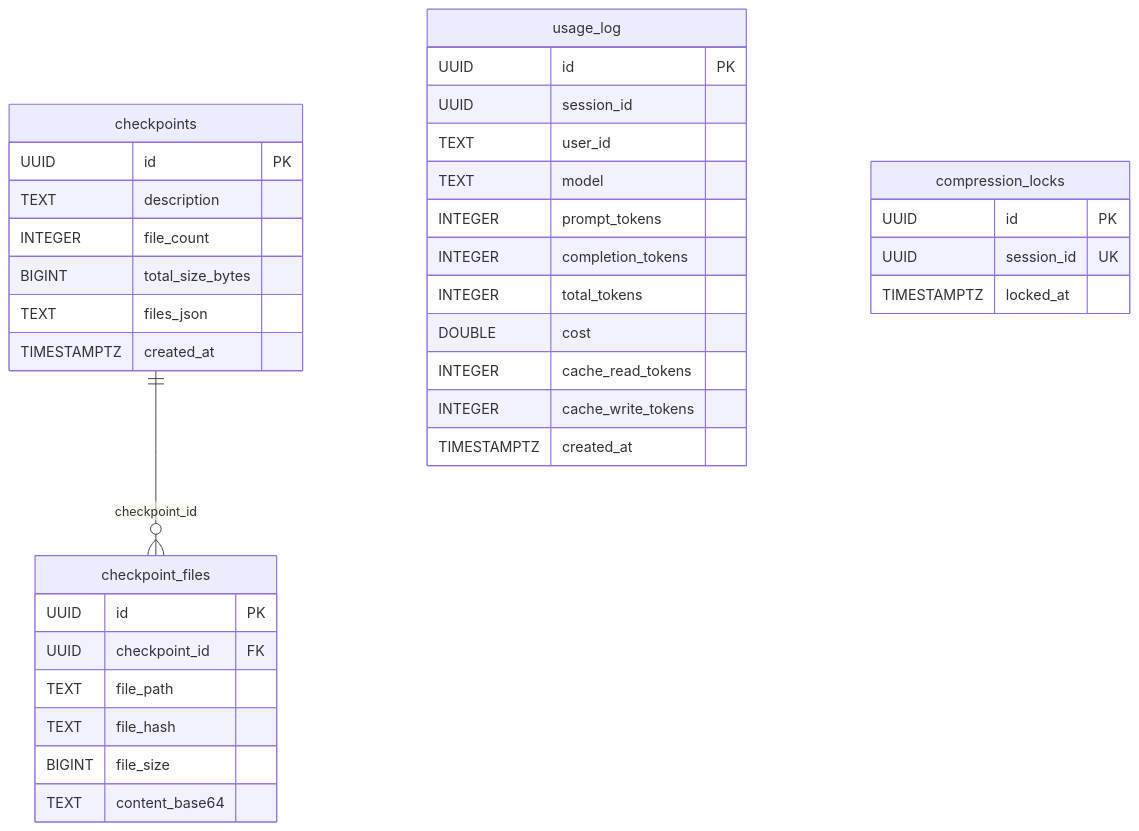
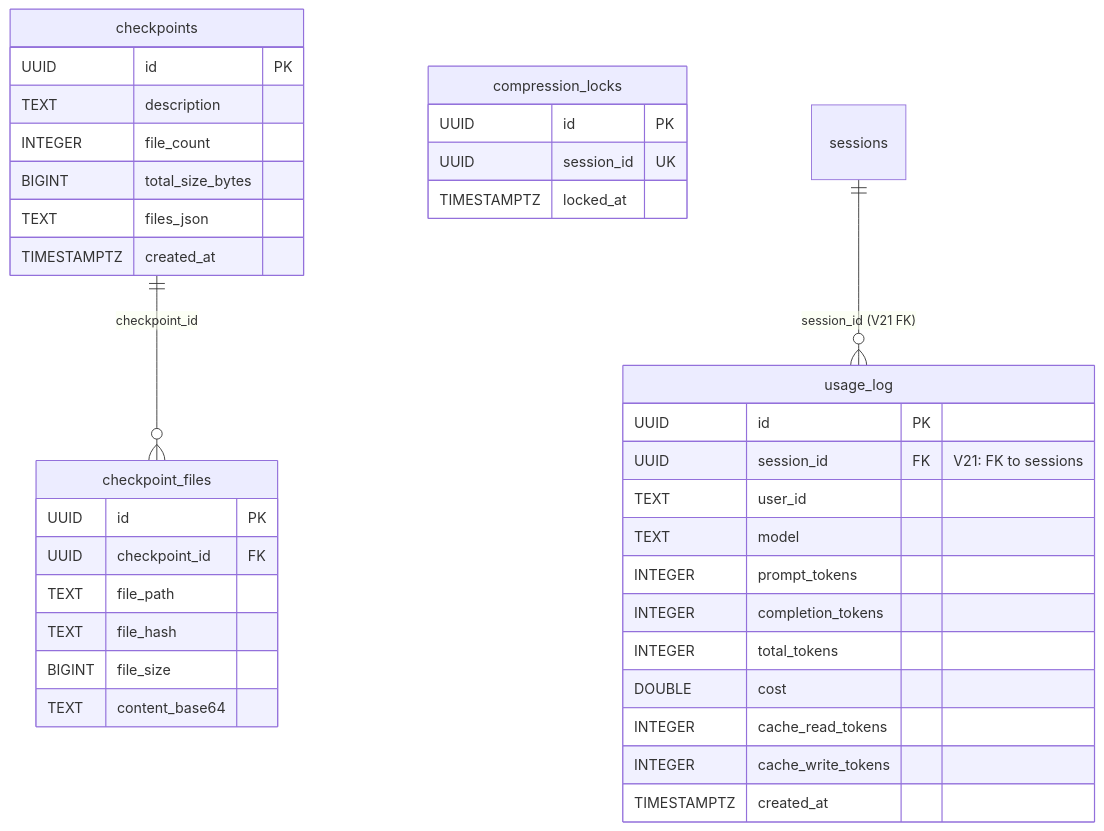
Before and after one commit to FerrPOINT/java-agent: the second of 3 diagrams in docs/architecture/erd.md, drawn with Mermaid. The commit also changed other lines of this file and 113 other files, not shown here.

````diff
--- a/docs/architecture/erd.md
+++ b/docs/architecture/erd.md
@@ -104,42 +107,43 @@
 ```mermaid
 erDiagram
     checkpoints {
         UUID id PK
         TEXT description
         INTEGER file_count
         BIGINT total_size_bytes
         TEXT files_json
         TIMESTAMPTZ created_at
     }
 
     checkpoint_files {
         UUID id PK
         UUID checkpoint_id FK
         TEXT file_path
         TEXT file_hash
         BIGINT file_size
         TEXT content_base64
     }
 
     usage_log {
         UUID id PK
-        UUID session_id
+        UUID session_id FK "V21: FK to sessions"
         TEXT user_id
         TEXT model
         INTEGER prompt_tokens
         INTEGER completion_tokens
         INTEGER total_tokens
         DOUBLE cost
         INTEGER cache_read_tokens
         INTEGER cache_write_tokens
         TIMESTAMPTZ created_at
     }
 
     compression_locks {
         UUID id PK
         UUID session_id UK
         TIMESTAMPTZ locked_at
     }
 
     checkpoints ||--o{ checkpoint_files : "checkpoint_id"
+    sessions ||--o{ usage_log : "session_id (V21 FK)"
 ```
````
